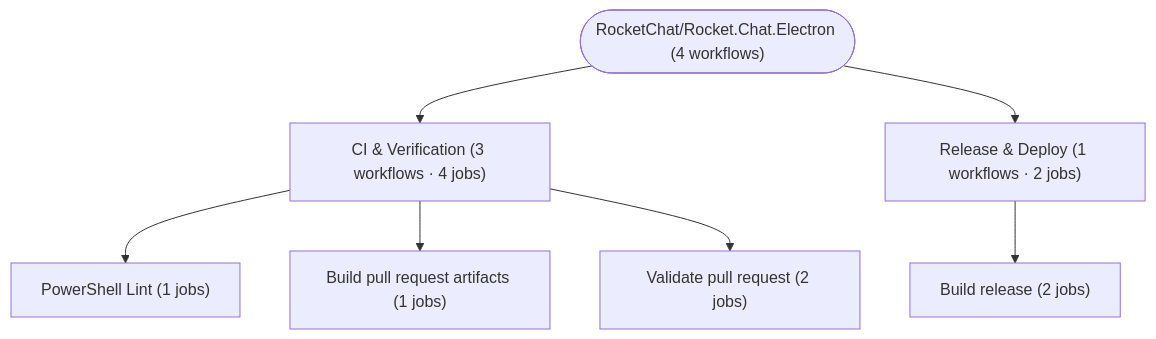
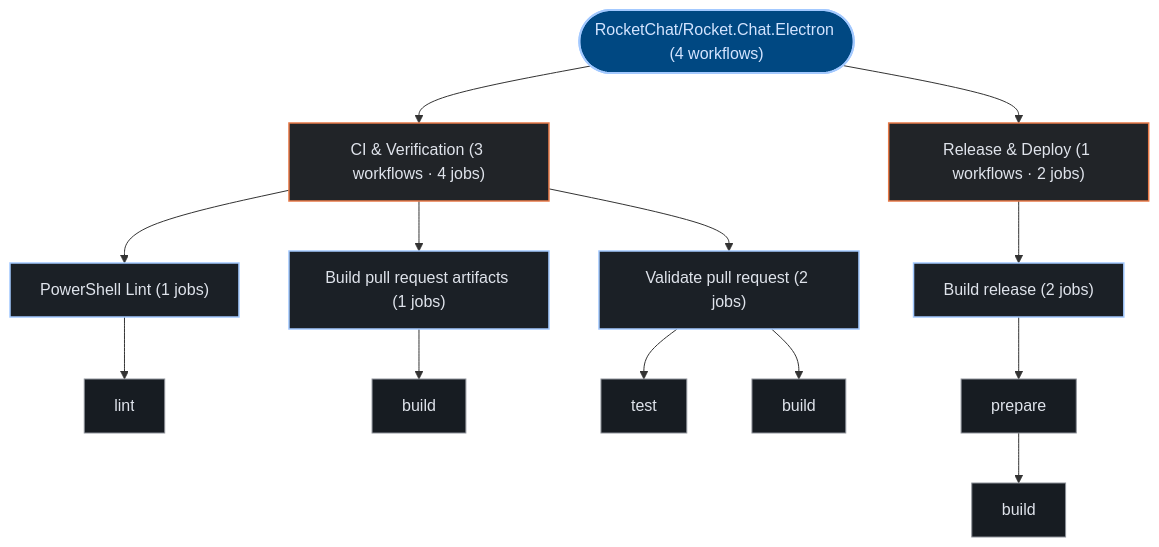
Before and after one commit to kumarshaz/atruss-code-atlas: the third of 3 diagrams in exports/latest/reports/RocketChat-Rocket.Chat.Electron-report.md, drawn with Mermaid. The commit also changed other lines of this file and 331 other files, not shown here.

Commit message:
docs,ui,fix: update SDLC docs, reorder CI/CD DAG first, stylize Mermaid, and fix Arc42 pipeline topology

````diff
--- a/exports/latest/reports/RocketChat-Rocket.Chat.Electron-report.md
+++ b/exports/latest/reports/RocketChat-Rocket.Chat.Electron-report.md
@@ -220,16 +231,35 @@
 ```mermaid
 graph TD;
-  pipeline_root(["RocketChat/Rocket.Chat.Electron (4 workflows)"])
-  grp_0_CI___Verification["CI & Verification (3 workflows · 4 jobs)"]
+  classDef atlasRoot fill:#004882,stroke:#a3c9ff,stroke-width:2px,color:#d3e4ff
+  classDef atlasCategory fill:#212428,stroke:#E87A48,stroke-width:1.5px,color:#dfe3eb
+  classDef atlasWorkflow fill:#1b2026,stroke:#a3c9ff,stroke-width:1.5px,color:#dfe3eb
+  classDef atlasJob fill:#171c22,stroke:#8d9199,stroke-width:1px,color:#dfe3eb
+  classDef atlasTarget fill:#005227,stroke:#8bd99b,stroke-width:1.5px,color:#a7f6b6
+  classDef atlasAlert fill:#93000a,stroke:#ffb4ab,stroke-width:1.5px,color:#ffdad6
+  classDef atlasMore fill:#252a31,stroke:#8d9199,stroke-dasharray:4 4,color:#c3c6cf
+  pipeline_root(["RocketChat/Rocket.Chat.Electron (4 workflows)"]):::atlasRoot
+  grp_0_CI___Verification["CI & Verification (3 workflows · 4 jobs)"]:::atlasCategory
   pipeline_root --> grp_0_CI___Verification
-  wf_1_PowerShell_Lint["PowerShell Lint (1 jobs)"]
+  wf_1_PowerShell_Lint["PowerShell Lint (1 jobs)"]:::atlasWorkflow
   grp_0_CI___Verification --> wf_1_PowerShell_Lint
-  wf_2_Build_pull_request_artifacts["Build pull request artifacts (1 jobs)"]
+  job_1_lint["lint"]:::atlasJob
+  wf_1_PowerShell_Lint --> job_1_lint
+  wf_2_Build_pull_request_artifacts["Build pull request artifacts (1 jobs)"]:::atlasWorkflow
   grp_0_CI___Verification --> wf_2_Build_pull_request_artifacts
-  wf_3_Validate_pull_request["Validate pull request (2 jobs)"]
+  job_2_build["build"]:::atlasJob
+  wf_2_Build_pull_request_artifacts --> job_2_build
+  wf_3_Validate_pull_request["Validate pull request (2 jobs)"]:::atlasWorkflow
   grp_0_CI___Verification --> wf_3_Validate_pull_request
-  grp_1_Release___Deploy["Release & Deploy (1 workflows · 2 jobs)"]
+  job_3_test["test"]:::atlasJob
+  job_3_build["build"]:::atlasJob
+  wf_3_Validate_pull_request --> job_3_test
+  wf_3_Validate_pull_request --> job_3_build
+  grp_1_Release___Deploy["Release & Deploy (1 workflows · 2 jobs)"]:::atlasCategory
   pipeline_root --> grp_1_Release___Deploy
-  wf_0_Build_release["Build release (2 jobs)"]
+  wf_0_Build_release["Build release (2 jobs)"]:::atlasWorkflow
   grp_1_Release___Deploy --> wf_0_Build_release
+  job_0_prepare["prepare"]:::atlasJob
+  job_0_build["build"]:::atlasJob
+  wf_0_Build_release --> job_0_prepare
+  job_0_prepare --> job_0_build
 ```
````
